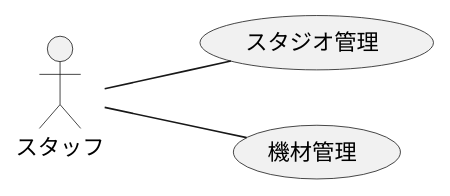
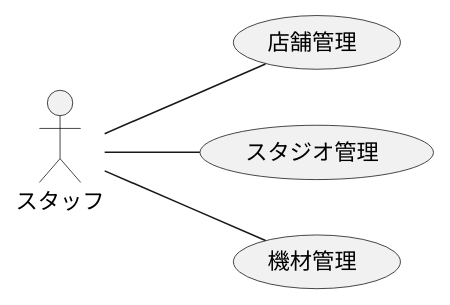
One commit to TakashiOnawa/ddd-practice-studio-reservation changed the diagram in modeling/04_BusinessUsecase_設備管理.pu. Above: the diagram before and after it, drawn with PlantUML. The commit also changed 16 other files, not shown here.

```diff
--- a/modeling/04_BusinessUsecase_設備管理.pu
+++ b/modeling/04_BusinessUsecase_設備管理.pu
@@ -1,10 +1,11 @@
 @startuml BusinessUsecase
 
 left to right direction
 
 actor スタッフ
 
+スタッフ -- (店舗管理)
 スタッフ -- (スタジオ管理)
 スタッフ -- (機材管理)
 
 @enduml
```
